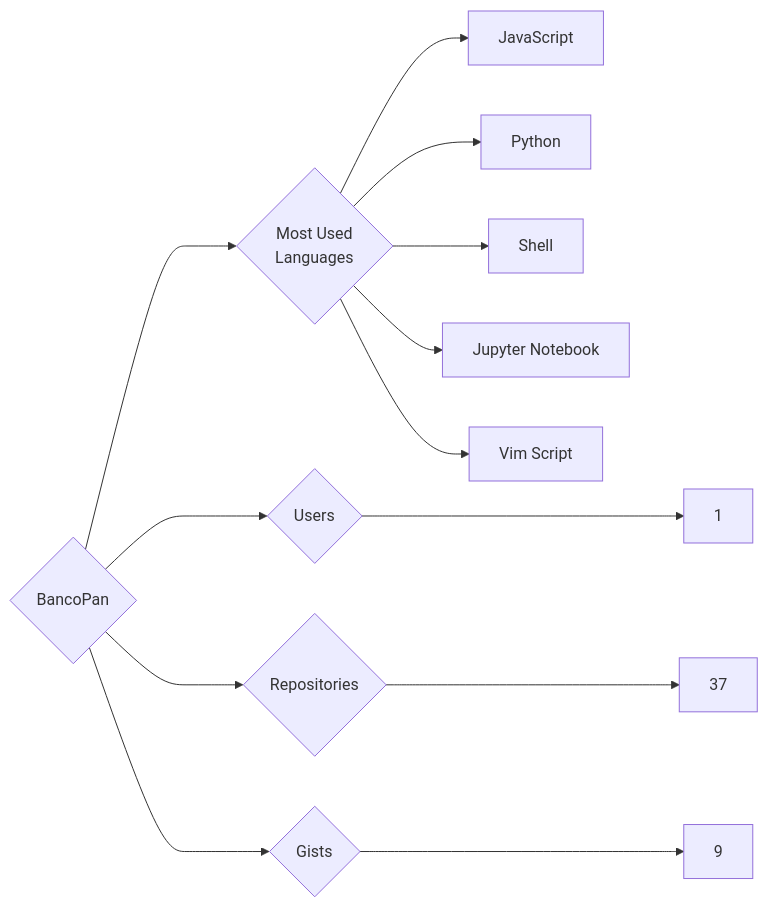
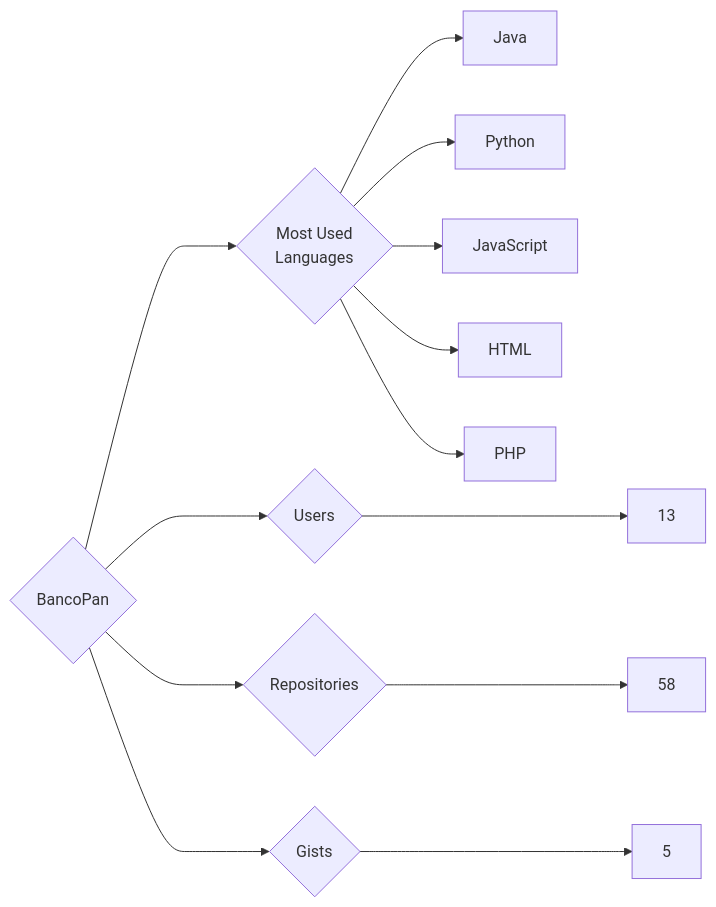
The diagram in targets/BancoPan/README.md (trickest/insiders), drawn with Mermaid before and after one commit. The commit also changed 1314 other files, not shown here.

````diff
--- a/targets/BancoPan/README.md
+++ b/targets/BancoPan/README.md
@@ -3,13 +3,13 @@
 ```mermaid
 graph LR
 COMPANY_NAME{BancoPan}
-COMPANY_NAME ---> U{Users} ---> UN[1]
-COMPANY_NAME ---> R{Repositories} ---> RN[37]
-COMPANY_NAME ---> G{Gists} ---> GN[9]
+COMPANY_NAME ---> U{Users} ---> UN[13]
+COMPANY_NAME ---> R{Repositories} ---> RN[58]
+COMPANY_NAME ---> G{Gists} ---> GN[5]
 COMPANY_NAME ---> ML{Most Used<br>Languages}
+ML --> Java[Java]
+ML --> Python[Python]
 ML --> JavaScript[JavaScript]
-ML --> Python[Python]
-ML --> Shell[Shell]
-ML --> Jupyter_Notebook[Jupyter Notebook]
-ML --> Vim_Script[Vim Script]
+ML --> HTML[HTML]
+ML --> PHP[PHP]
 ```
````
